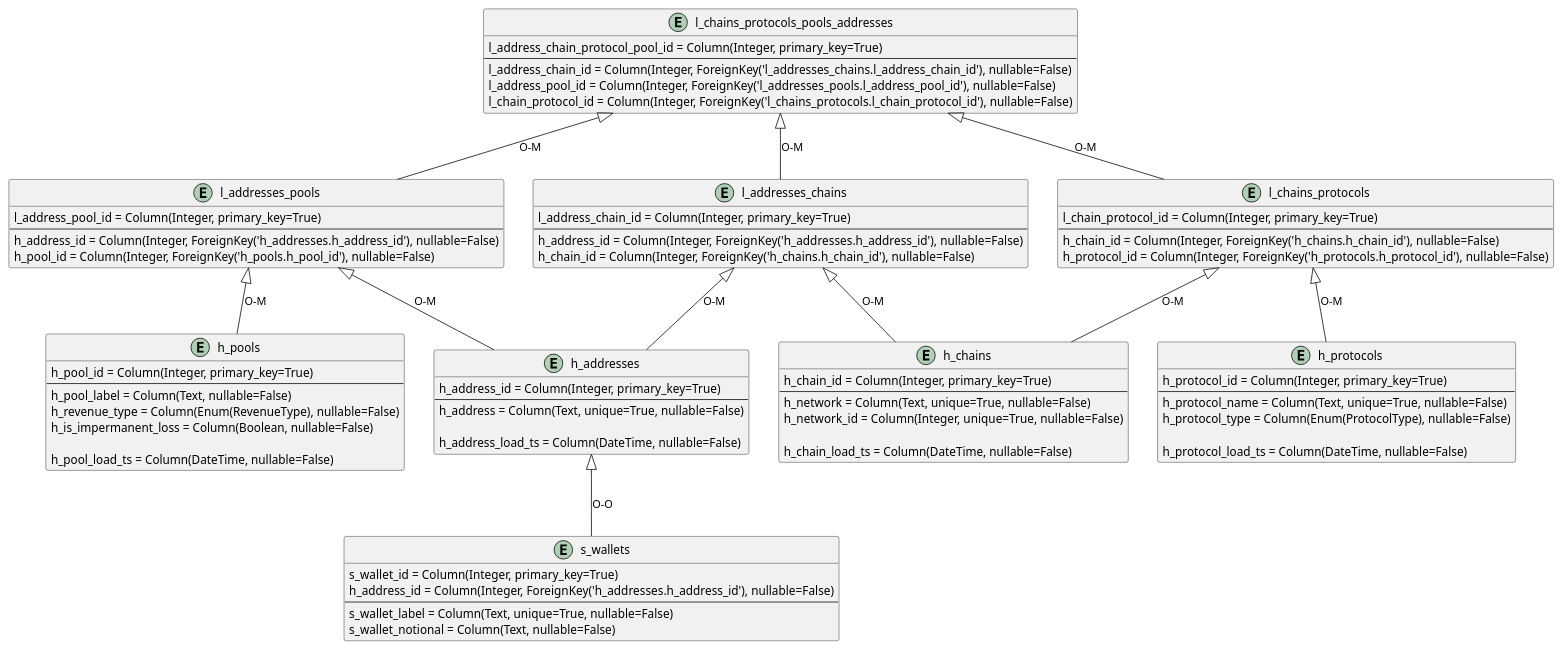
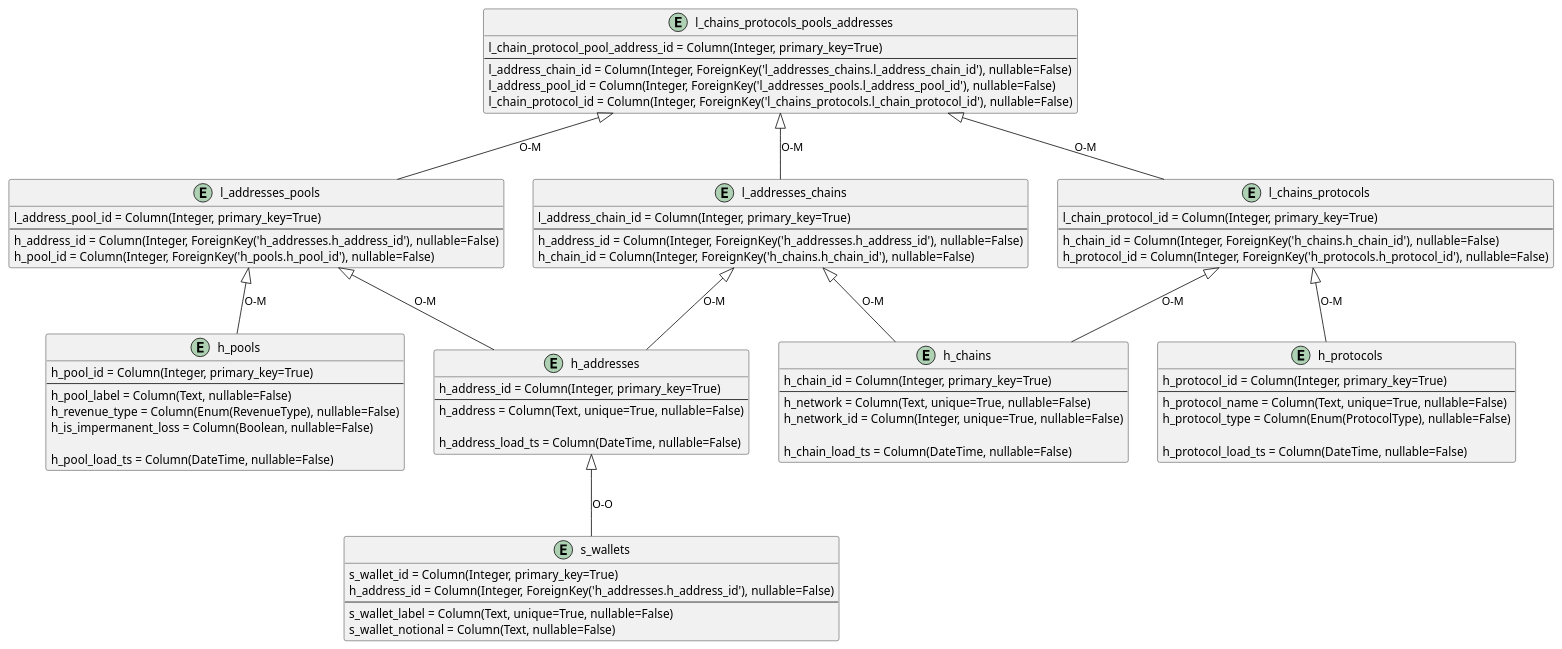
Before and after one commit to semyon-puchin/defi-dwh-core: the diagram in architecture.puml, drawn with PlantUML.

Commit message:
Made better naming in architecture

```diff
--- a/architecture.puml
+++ b/architecture.puml
@@ -1,96 +1,96 @@
 @startuml
 
 'HUBS
 entity h_addresses {
     h_address_id = Column(Integer, primary_key=True)
     ---
     h_address = Column(Text, unique=True, nullable=False)
 
     h_address_load_ts = Column(DateTime, nullable=False)
 }
 
 entity h_chains {
     h_chain_id = Column(Integer, primary_key=True)
     ---
     h_network = Column(Text, unique=True, nullable=False)
     h_network_id = Column(Integer, unique=True, nullable=False)
 
     h_chain_load_ts = Column(DateTime, nullable=False)
 }
 
 entity h_protocols {
     h_protocol_id = Column(Integer, primary_key=True)
     ---
     h_protocol_name = Column(Text, unique=True, nullable=False)
     h_protocol_type = Column(Enum(ProtocolType), nullable=False)
 
     h_protocol_load_ts = Column(DateTime, nullable=False)
 }
 
 entity h_pools {
     h_pool_id = Column(Integer, primary_key=True)
     ---
     h_pool_label = Column(Text, nullable=False)
     h_revenue_type = Column(Enum(RevenueType), nullable=False)
     h_is_impermanent_loss = Column(Boolean, nullable=False)
 
     h_pool_load_ts = Column(DateTime, nullable=False)
 }
 
 'LINKS
 entity l_chains_protocols {
     l_chain_protocol_id = Column(Integer, primary_key=True)
     ---
     h_chain_id = Column(Integer, ForeignKey('h_chains.h_chain_id'), nullable=False)
     h_protocol_id = Column(Integer, ForeignKey('h_protocols.h_protocol_id'), nullable=False)
 }
 
 entity l_addresses_chains {
     l_address_chain_id = Column(Integer, primary_key=True)
     ---
     h_address_id = Column(Integer, ForeignKey('h_addresses.h_address_id'), nullable=False)
     h_chain_id = Column(Integer, ForeignKey('h_chains.h_chain_id'), nullable=False)
 }
 
 entity l_addresses_pools {
     l_address_pool_id = Column(Integer, primary_key=True)
     ---
     h_address_id = Column(Integer, ForeignKey('h_addresses.h_address_id'), nullable=False)
     h_pool_id = Column(Integer, ForeignKey('h_pools.h_pool_id'), nullable=False)
 }
 
 entity l_chains_protocols_pools_addresses {
-    l_address_chain_protocol_pool_id = Column(Integer, primary_key=True)
+    l_chain_protocol_pool_address_id = Column(Integer, primary_key=True)
     ---
     l_address_chain_id = Column(Integer, ForeignKey('l_addresses_chains.l_address_chain_id'), nullable=False)
     l_address_pool_id = Column(Integer, ForeignKey('l_addresses_pools.l_address_pool_id'), nullable=False)
     l_chain_protocol_id = Column(Integer, ForeignKey('l_chains_protocols.l_chain_protocol_id'), nullable=False)
 }
 
 'SATELLITES
 entity s_wallets {
     s_wallet_id = Column(Integer, primary_key=True)
     h_address_id = Column(Integer, ForeignKey('h_addresses.h_address_id'), nullable=False)
     ---
     s_wallet_label = Column(Text, unique=True, nullable=False)
     s_wallet_notional = Column(Text, nullable=False)
 }
 
 
 l_addresses_chains <|-- h_addresses: O-M
 l_addresses_chains <|-- h_chains: O-M
 
 l_chains_protocols <|-- h_chains: O-M
 l_chains_protocols <|-- h_protocols: O-M
 
 l_addresses_pools <|-- h_addresses: O-M
 l_addresses_pools <|-- h_pools: O-M
 
 l_chains_protocols_pools_addresses <|-- l_addresses_chains: O-M
 l_chains_protocols_pools_addresses <|-- l_chains_protocols: O-M
 l_chains_protocols_pools_addresses <|-- l_addresses_pools: O-M
 
 h_addresses <|-- s_wallets: O-O
 
 
 @enduml
```
